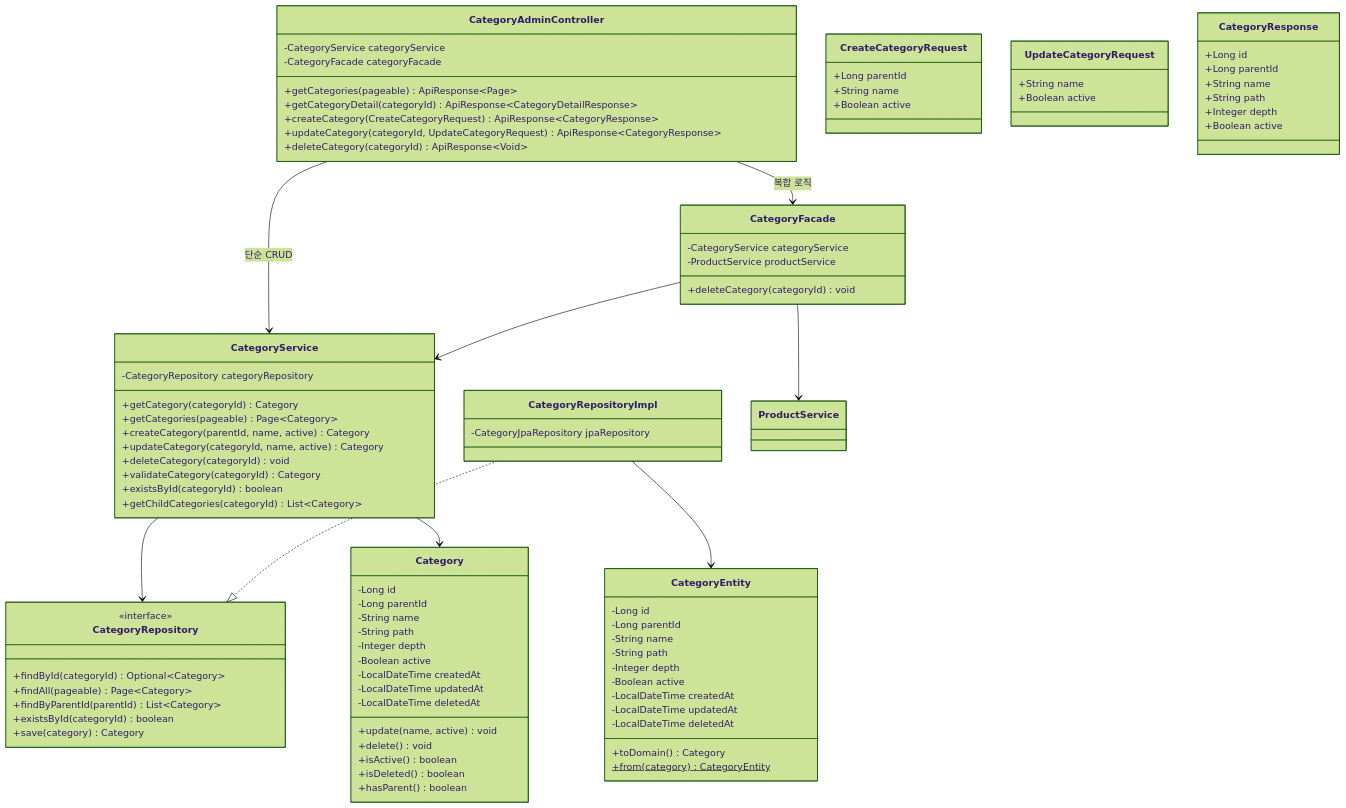
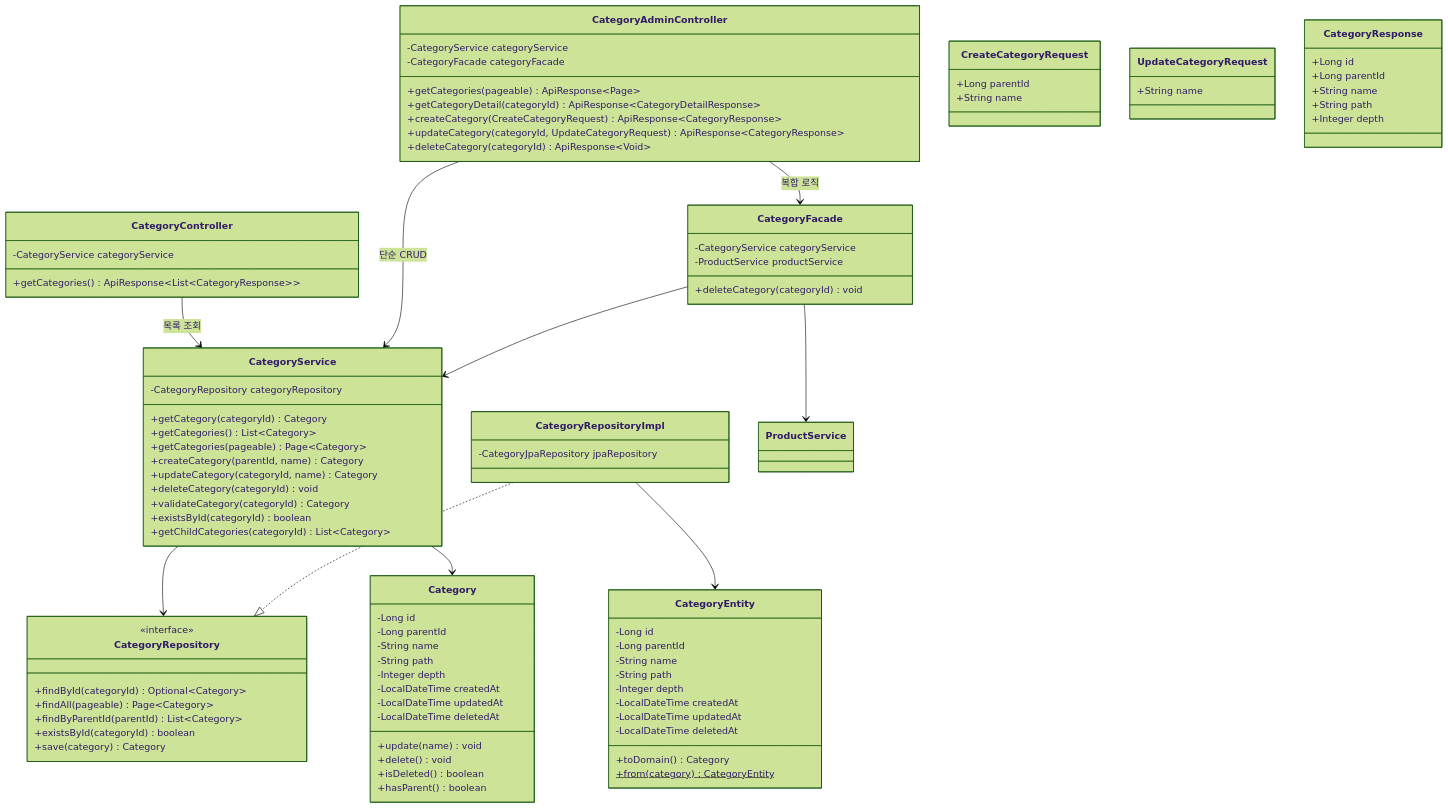
Before and after one commit to letter333/loop-pack-be-l2-vol3-java: the fourth of 11 diagrams in docs/design/03-class-diagram.md, drawn with Mermaid (forest theme). The commit also changed other lines of this file and 3 other files, not shown here.

```diff
--- a/docs/design/03-class-diagram.md
+++ b/docs/design/03-class-diagram.md
@@ -332,6 +325,11 @@
     direction TB
 
     %% Interfaces Layer
+    class CategoryController {
+        -CategoryService categoryService
+        +getCategories() ApiResponse~List~CategoryResponse~~
+    }
+
     class CategoryAdminController {
         -CategoryService categoryService
         -CategoryFacade categoryFacade
@@ -345,12 +343,10 @@
     class CreateCategoryRequest {
         +Long parentId
         +String name
-        +Boolean active
     }
 
     class UpdateCategoryRequest {
         +String name
-        +Boolean active
     }
 
     class CategoryResponse {
@@ -359,7 +355,6 @@
         +String name
         +String path
         +Integer depth
-        +Boolean active
     }
 
     %% Application Layer
@@ -376,13 +371,11 @@
         -String name
         -String path
         -Integer depth
-        -Boolean active
         -LocalDateTime createdAt
         -LocalDateTime updatedAt
         -LocalDateTime deletedAt
-        +update(name, active) void
+        +update(name) void
         +delete() void
-        +isActive() boolean
         +isDeleted() boolean
         +hasParent() boolean
     }
@@ -390,9 +383,10 @@
     class CategoryService {
         -CategoryRepository categoryRepository
         +getCategory(categoryId) Category
+        +getCategories() List~Category~
         +getCategories(pageable) Page~Category~
-        +createCategory(parentId, name, active) Category
-        +updateCategory(categoryId, name, active) Category
+        +createCategory(parentId, name) Category
+        +updateCategory(categoryId, name) Category
         +deleteCategory(categoryId) void
         +validateCategory(categoryId) Category
         +existsById(categoryId) boolean
@@ -419,7 +413,6 @@
         -String name
         -String path
         -Integer depth
-        -Boolean active
         -LocalDateTime createdAt
         -LocalDateTime updatedAt
         -LocalDateTime deletedAt
@@ -428,6 +421,7 @@
     }
 
     %% Relationships
+    CategoryController --> CategoryService : 목록 조회
     CategoryAdminController --> CategoryService : 단순 CRUD
     CategoryAdminController --> CategoryFacade : 복합 로직
     CategoryFacade --> CategoryService
```
